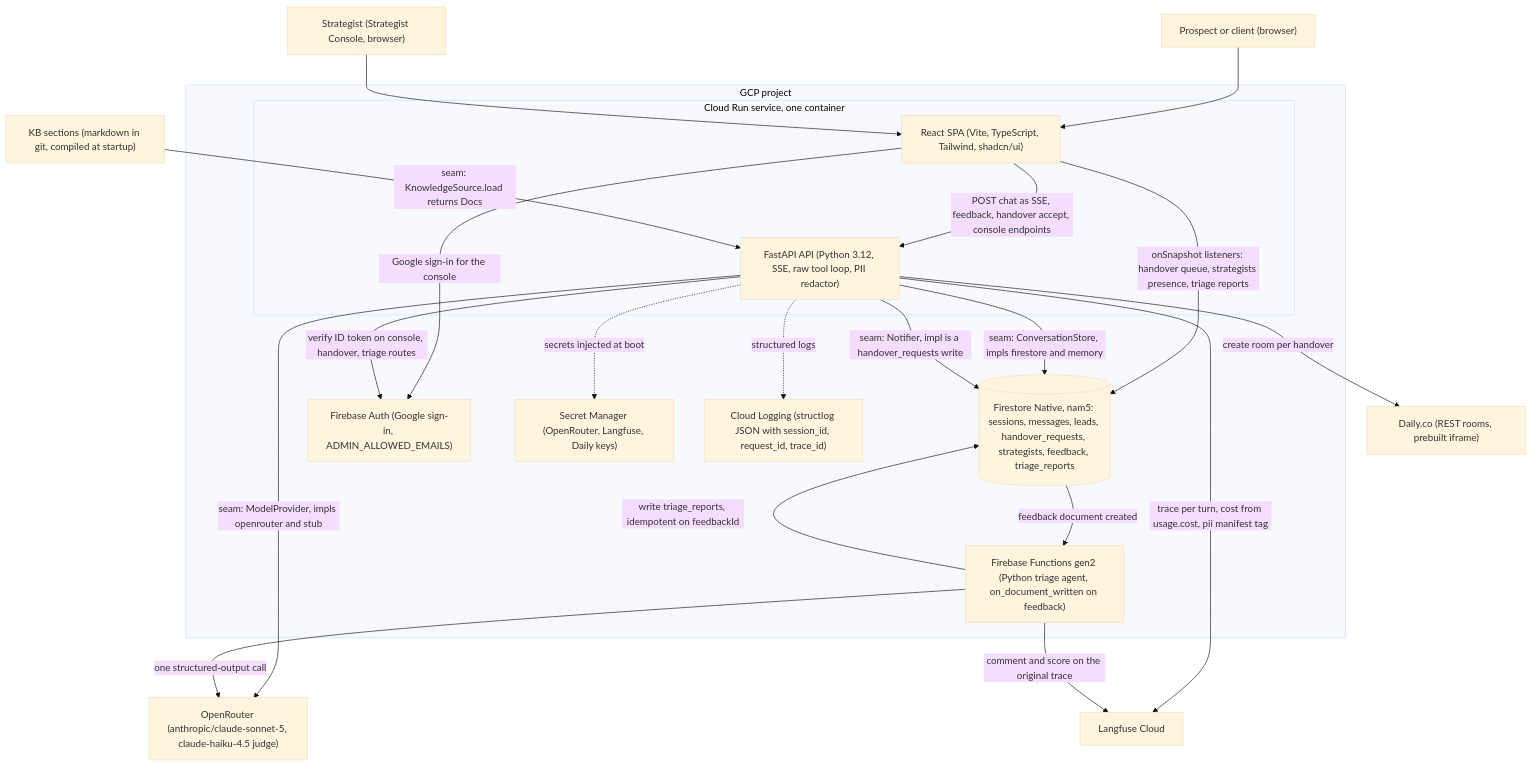
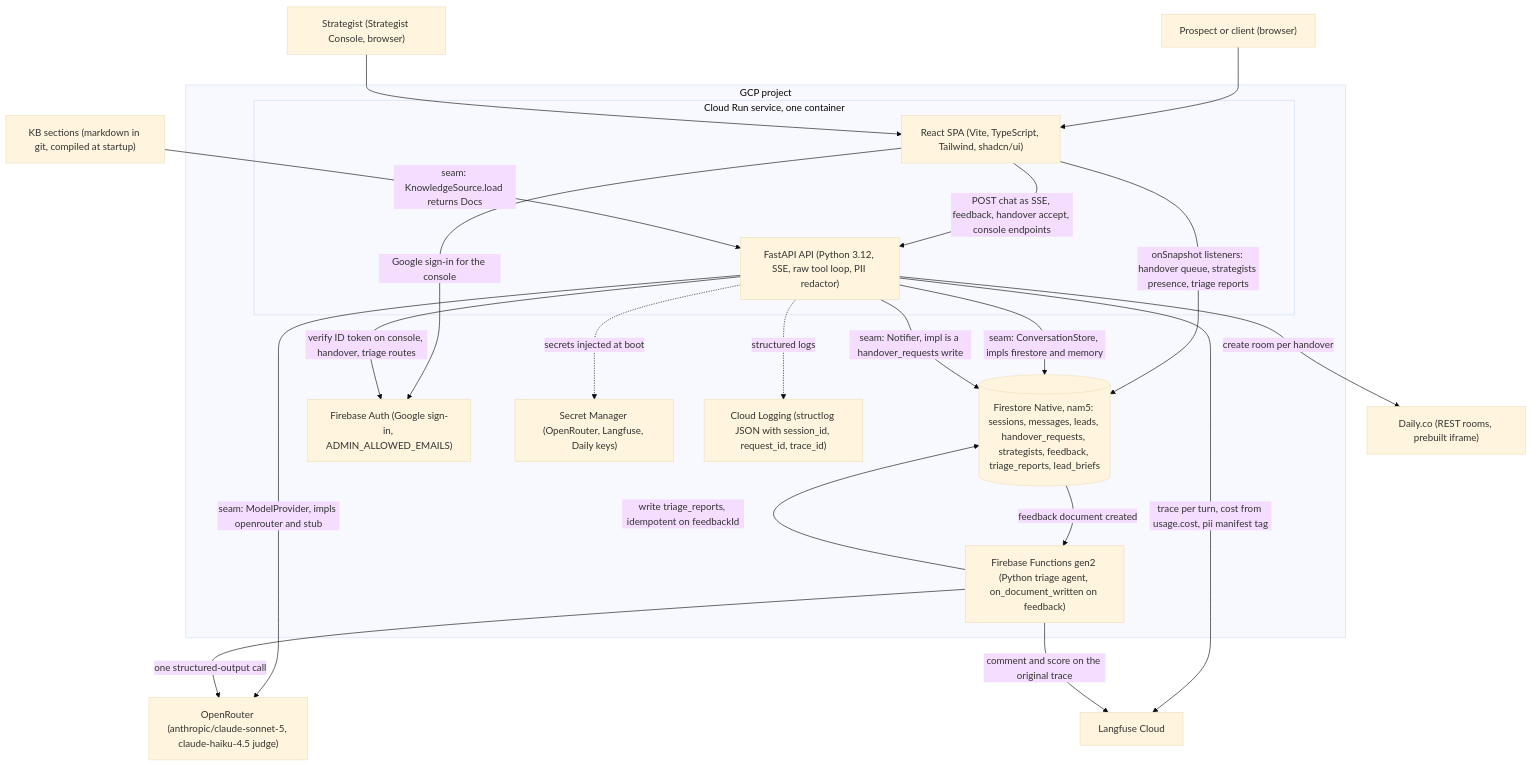
One commit to gsbecerrag/cadre-ai-challenge changed the second of 7 diagrams in docs/architecture.md. Above: the diagram before and after it, drawn with Mermaid (base theme). The commit also changed other lines of this file and 4 other files, not shown here.

````diff
--- a/docs/architecture.md
+++ b/docs/architecture.md
@@ -37,37 +37,37 @@
 ```mermaid
 flowchart TB
   prospect["Prospect or client (browser)"]
   strategist["Strategist (Strategist Console, browser)"]
   kb["KB sections (markdown in git, compiled at startup)"]
   subgraph gcp["GCP project"]
     subgraph run["Cloud Run service, one container"]
       spa["React SPA (Vite, TypeScript, Tailwind, shadcn/ui)"]
       api["FastAPI API (Python 3.12, SSE, raw tool loop, PII redactor)"]
     end
-    fs[("Firestore Native, nam5: sessions, messages, leads, handover_requests, strategists, feedback, triage_reports")]
+    fs[("Firestore Native, nam5: sessions, messages, leads, handover_requests, strategists, feedback, triage_reports, lead_briefs")]
     auth["Firebase Auth (Google sign-in, ADMIN_ALLOWED_EMAILS)"]
     fn["Firebase Functions gen2 (Python triage agent, on_document_written on feedback)"]
     sm["Secret Manager (OpenRouter, Langfuse, Daily keys)"]
     logs["Cloud Logging (structlog JSON with session_id, request_id, trace_id)"]
   end
   llm["OpenRouter (anthropic/claude-sonnet-5, claude-haiku-4.5 judge)"]
   langfuse["Langfuse Cloud"]
   daily["Daily.co (REST rooms, prebuilt iframe)"]
   prospect & strategist --> spa
   spa -->|"POST chat as SSE, feedback, handover accept, console endpoints"| api
   spa -->|"onSnapshot listeners: handover queue, strategists presence, triage reports"| fs
   spa -->|"Google sign-in for the console"| auth
   kb -->|"seam: KnowledgeSource.load returns Docs"| api
   api -->|"seam: ModelProvider, impls openrouter and stub"| llm
   api -->|"seam: ConversationStore, impls firestore and memory"| fs
   api -->|"seam: Notifier, impl is a handover_requests write"| fs
   api -->|"verify ID token on console, handover, triage routes"| auth
   api -->|"trace per turn, cost from usage.cost, pii manifest tag"| langfuse
   api -->|"create room per handover"| daily
   api -.->|"secrets injected at boot"| sm
   api -.->|"structured logs"| logs
   fs -->|"feedback document created"| fn
   fn -->|"one structured-output call"| llm
   fn -->|"write triage_reports, idempotent on feedbackId"| fs
   fn -->|"comment and score on the original trace"| langfuse
 ```
````
